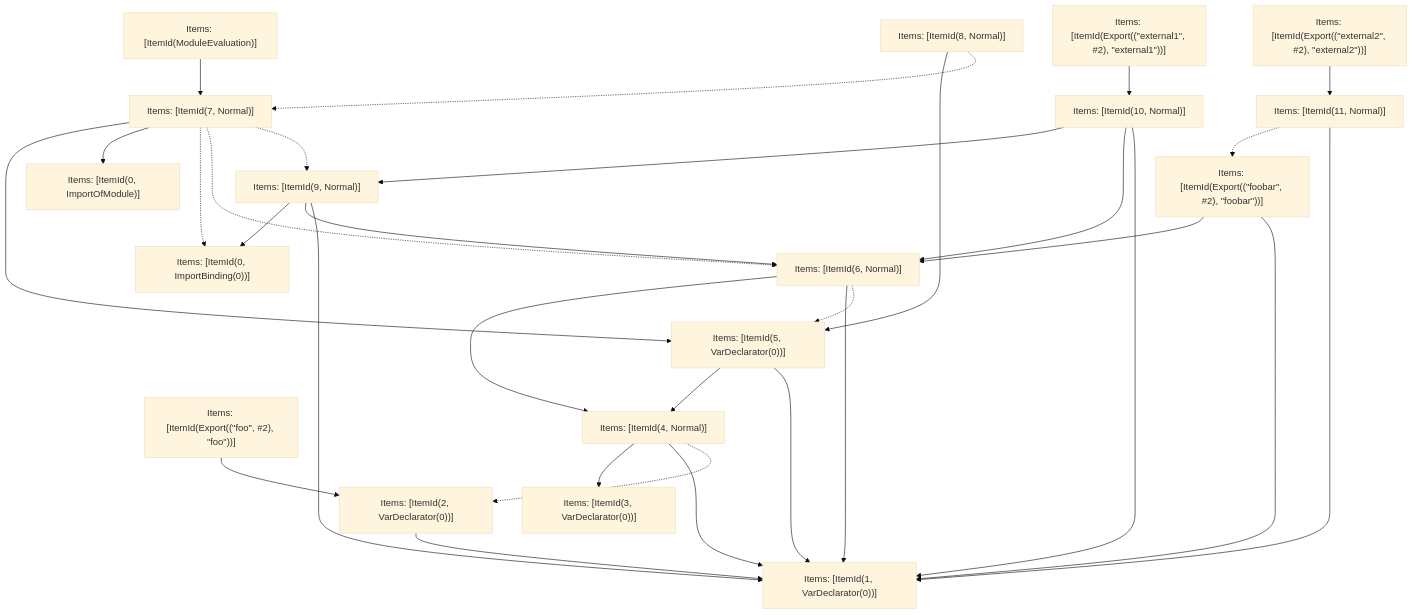
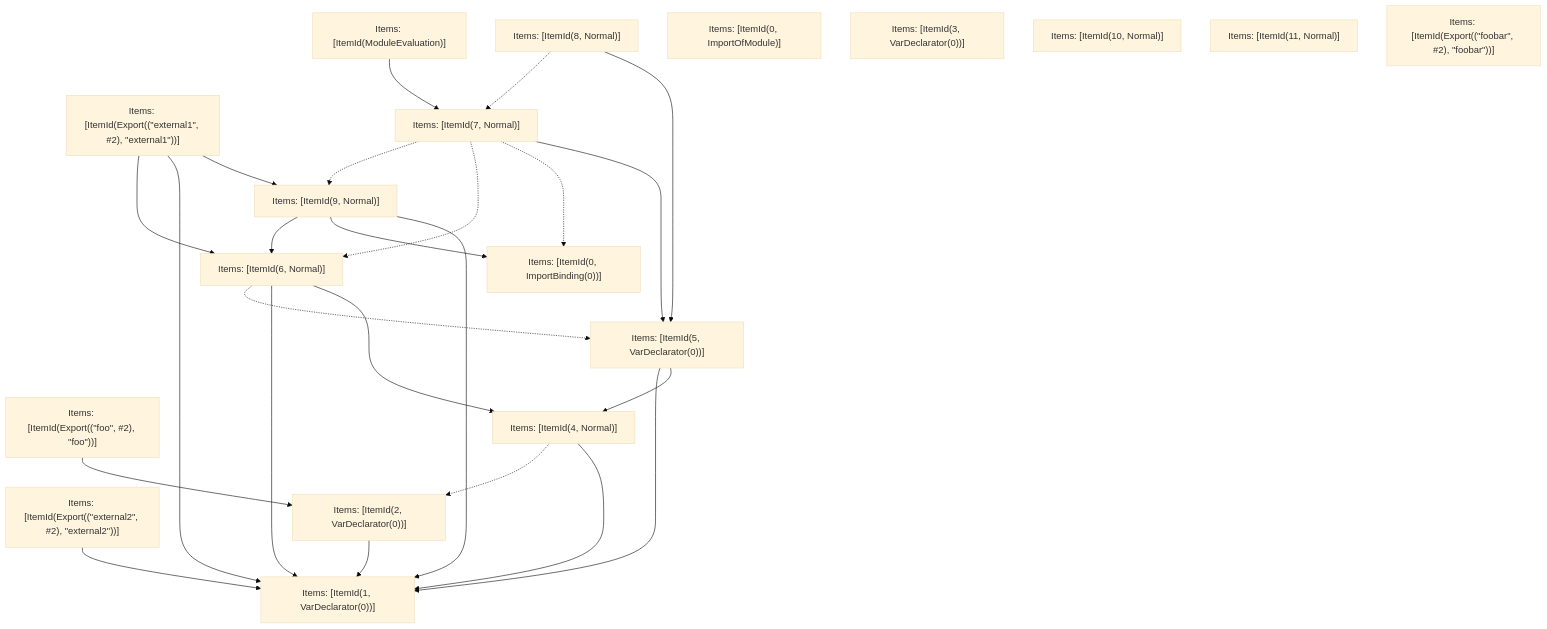
One commit to Sonar-UX-Testing-FreePlan/next.js changed the fifth of 5 diagrams in turbopack/crates/turbopack-ecmascript/tests/tree-shaker/analyzer/1/output.md. Above: the diagram before and after it, drawn with Mermaid (base theme). The commit also changed other lines of this file and 38 other files, not shown here.

````diff
--- a/turbopack/crates/turbopack-ecmascript/tests/tree-shaker/analyzer/1/output.md
+++ b/turbopack/crates/turbopack-ecmascript/tests/tree-shaker/analyzer/1/output.md
@@ -338,51 +338,44 @@
 ```mermaid
 graph TD
     N0["Items: [ItemId(ModuleEvaluation)]"];
     N1["Items: [ItemId(Export((&quot;external1&quot;, #2), &quot;external1&quot;))]"];
     N2["Items: [ItemId(Export((&quot;external2&quot;, #2), &quot;external2&quot;))]"];
     N3["Items: [ItemId(Export((&quot;foo&quot;, #2), &quot;foo&quot;))]"];
-    N4["Items: [ItemId(Export((&quot;foobar&quot;, #2), &quot;foobar&quot;))]"];
-    N5["Items: [ItemId(0, ImportOfModule)]"];
-    N6["Items: [ItemId(0, ImportBinding(0))]"];
-    N7["Items: [ItemId(1, VarDeclarator(0))]"];
-    N8["Items: [ItemId(2, VarDeclarator(0))]"];
-    N9["Items: [ItemId(3, VarDeclarator(0))]"];
-    N10["Items: [ItemId(4, Normal)]"];
-    N11["Items: [ItemId(5, VarDeclarator(0))]"];
-    N12["Items: [ItemId(6, Normal)]"];
-    N13["Items: [ItemId(7, Normal)]"];
-    N14["Items: [ItemId(8, Normal)]"];
-    N15["Items: [ItemId(9, Normal)]"];
-    N16["Items: [ItemId(10, Normal)]"];
-    N17["Items: [ItemId(11, Normal)]"];
+    N4["Items: [ItemId(0, ImportBinding(0))]"];
+    N5["Items: [ItemId(1, VarDeclarator(0))]"];
+    N6["Items: [ItemId(2, VarDeclarator(0))]"];
+    N7["Items: [ItemId(4, Normal)]"];
+    N8["Items: [ItemId(5, VarDeclarator(0))]"];
+    N9["Items: [ItemId(6, Normal)]"];
+    N10["Items: [ItemId(7, Normal)]"];
+    N11["Items: [ItemId(8, Normal)]"];
+    N12["Items: [ItemId(9, Normal)]"];
+    N13["Items: [ItemId(0, ImportOfModule)]"];
+    N14["Items: [ItemId(3, VarDeclarator(0))]"];
+    N15["Items: [ItemId(10, Normal)]"];
+    N16["Items: [ItemId(11, Normal)]"];
+    N17["Items: [ItemId(Export((&quot;foobar&quot;, #2), &quot;foobar&quot;))]"];
+    N6 --> N5;
+    N2 --> N5;
+    N7 --> N5;
+    N7 -.-> N6;
     N8 --> N7;
-    N10 --> N9;
-    N10 --> N7;
-    N10 -.-> N8;
-    N11 --> N10;
-    N11 --> N7;
-    N12 --> N10;
-    N12 --> N7;
-    N12 -.-> N11;
-    N13 --> N11;
-    N13 --> N5;
-    N13 -.-> N6;
-    N13 -.-> N12;
-    N13 -.-> N15;
-    N14 --> N11;
-    N14 -.-> N13;
-    N4 --> N12;
-    N4 --> N7;
-    N3 --> N8;
-    N1 --> N16;
-    N2 --> N17;
-    N15 --> N6;
-    N15 --> N12;
-    N15 --> N7;
-    N16 --> N15;
-    N16 --> N12;
-    N16 --> N7;
-    N17 -.-> N4;
-    N17 --> N7;
-    N0 --> N13;
+    N8 --> N5;
+    N9 --> N7;
+    N9 --> N5;
+    N9 -.-> N8;
+    N10 --> N8;
+    N1 --> N12;
+    N10 -.-> N4;
+    N10 -.-> N9;
+    N10 -.-> N12;
+    N11 --> N8;
+    N11 -.-> N10;
+    N0 --> N10;
+    N1 --> N5;
+    N3 --> N6;
+    N1 --> N9;
+    N12 --> N5;
+    N12 --> N4;
+    N12 --> N9;
 ```
````
